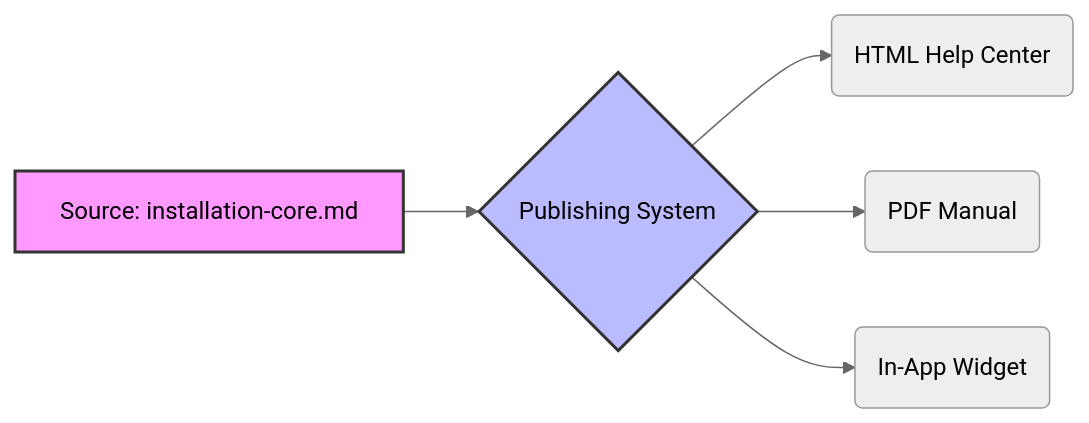
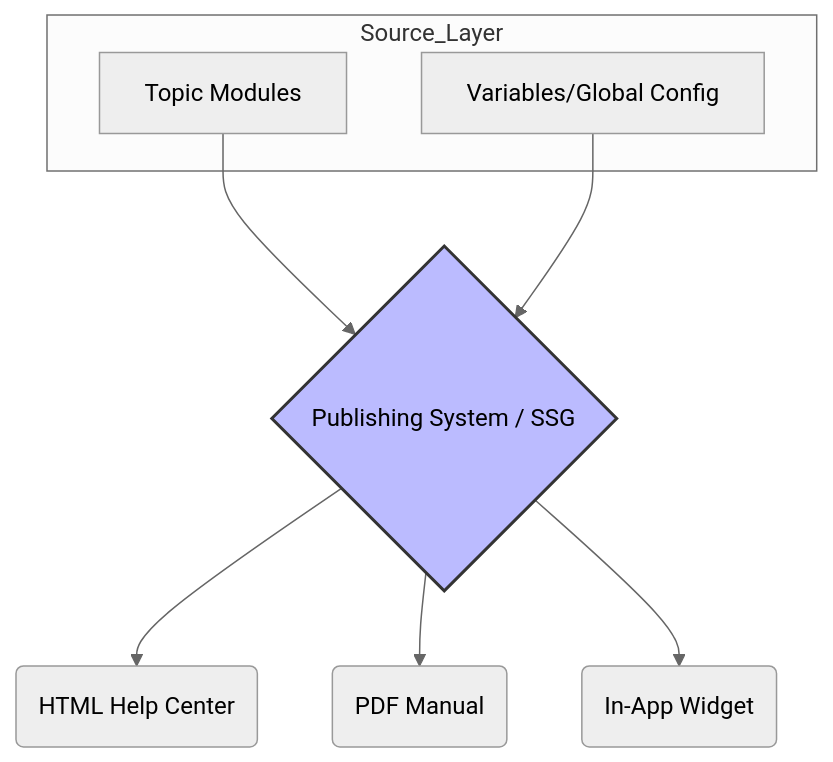
Before and after one commit to vaishvanara/techwritingkb: the diagram in docs/industry-terms/single-sourcing.md, drawn with Mermaid (neutral theme). The commit also changed other lines of this file and 51 other files, not shown here.

````diff
--- a/docs/industry-terms/single-sourcing.md
+++ b/docs/industry-terms/single-sourcing.md
@@ -40,10 +40,15 @@
 ```mermaid
-graph LR
-    A[Source: installation-core.md] --> B{Publishing System}
+graph TD
+    subgraph Source_Layer
+        A1[Topic Modules]
+        A2[Variables/Global Config]
+    end
+    
+    A1 & A2 --> B{Publishing System / SSG}
+    
     B --> C(HTML Help Center)
     B --> D(PDF Manual)
     B --> E(In-App Widget)
     
-    style A fill:#f9f,stroke:#333,stroke-width:2px
     style B fill:#bbf,stroke:#333,stroke-width:2px
 ```
````
